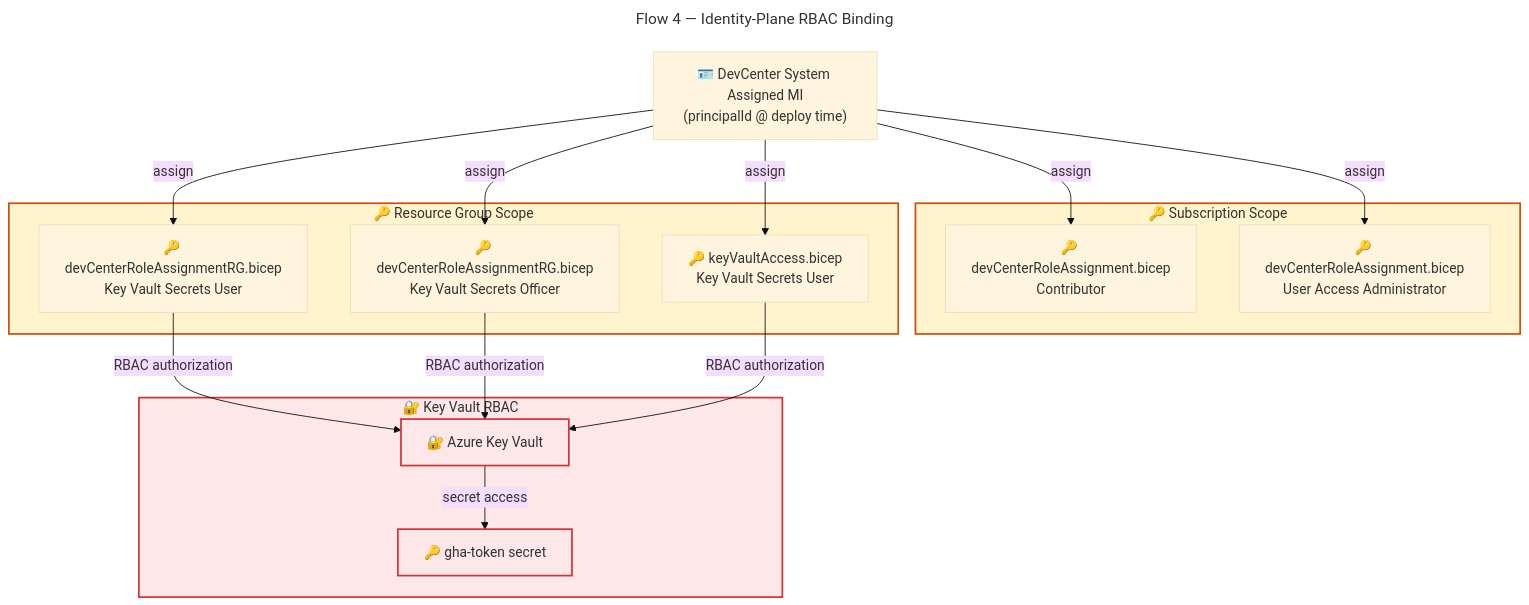
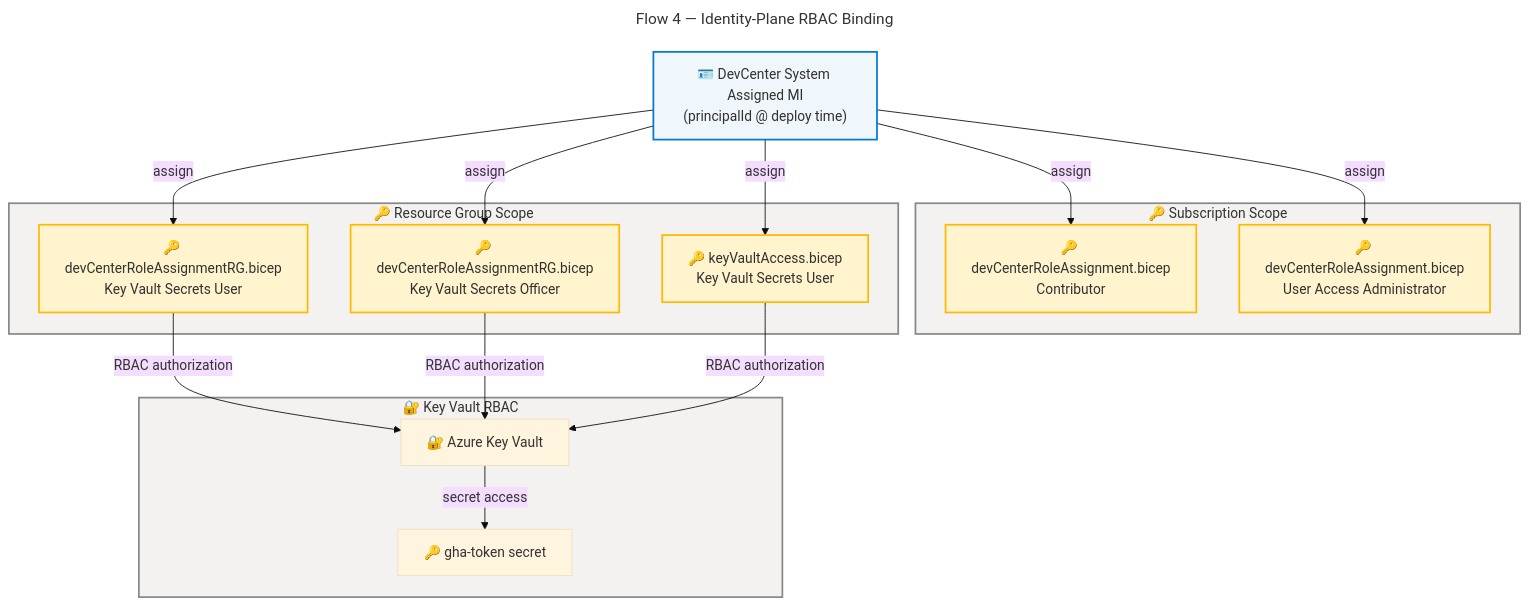
One commit to Evilazaro/DevExp-DevBox changed the eighth of 8 diagrams in docs/architecture/tech-arch.md. Above: the diagram before and after it, drawn with Mermaid. The commit also changed other lines of this file, not shown here.

Commit message:
Refactor technology architecture diagram styles for improved clarity and consistency

````diff
--- a/docs/architecture/tech-arch.md
+++ b/docs/architecture/tech-arch.md
@@ -1369,57 +1369,57 @@
 ```mermaid
 ---
 title: Flow 4 — Identity-Plane RBAC Binding
 config:
   theme: base
   look: classic
   layout: dagre
   themeVariables:
     fontSize: '16px'
   flowchart:
     htmlLabels: true
 ---
 flowchart TD
     accTitle: Flow 4 Identity-Plane RBAC Binding
     accDescr: Deploy-time identity-plane flow showing DevCenter System Assigned Managed Identity principal ID being bound to RBAC roles at Subscription, Resource Group, and Key Vault scopes, enabling secret access. WCAG AA compliant.
 
     %% ═══════════════════════════════════════════════════════════════
     %% AZURE / FLUENT ARCHITECTURE PATTERN v2.0
     %% PHASE 1-5: Fluent UI palette, subgraph styles, icons, accessibility, classDef
     %% ═══════════════════════════════════════════════════════════════
 
     DC_MI["🪪 DevCenter System Assigned MI\n(principalId @ deploy time)"]:::core
 
     subgraph SUB_SCOPE["🔑 Subscription Scope"]
         RA_CONTRIB["🔑 devCenterRoleAssignment.bicep\nContributor"]:::warning
         RA_UAA["🔑 devCenterRoleAssignment.bicep\nUser Access Administrator"]:::warning
     end
 
     subgraph RG_SCOPE["🔑 Resource Group Scope"]
         RA_KV_USER["🔑 devCenterRoleAssignmentRG.bicep\nKey Vault Secrets User"]:::warning
         RA_KV_OFFICER["🔑 devCenterRoleAssignmentRG.bicep\nKey Vault Secrets Officer"]:::warning
         RA_KV_ACCESS["🔑 keyVaultAccess.bicep\nKey Vault Secrets User"]:::warning
     end
 
     subgraph KV_SCOPE["🔐 Key Vault RBAC"]
         KV["🔐 Azure Key Vault"]:::security
         SECRET["🔑 gha-token secret"]:::security
     end
 
     DC_MI -->|"assign"| RA_CONTRIB
     DC_MI -->|"assign"| RA_UAA
     DC_MI -->|"assign"| RA_KV_USER
     DC_MI -->|"assign"| RA_KV_OFFICER
     DC_MI -->|"assign"| RA_KV_ACCESS
     RA_KV_USER -->|"RBAC authorization"| KV
     RA_KV_OFFICER -->|"RBAC authorization"| KV
     RA_KV_ACCESS -->|"RBAC authorization"| KV
     KV -->|"secret access"| SECRET
 
-    style SUB_SCOPE fill:#FFF4CE,stroke:#CA5010,stroke-width:2px,color:#323130
-    style RG_SCOPE fill:#FFF4CE,stroke:#CA5010,stroke-width:2px,color:#323130
-    style KV_SCOPE fill:#FDE7E9,stroke:#D13438,stroke-width:2px,color:#323130
+    style SUB_SCOPE fill:#F3F2F1,stroke:#8A8886,stroke-width:2px,color:#323130
+    style RG_SCOPE fill:#F3F2F1,stroke:#8A8886,stroke-width:2px,color:#323130
+    style KV_SCOPE fill:#F3F2F1,stroke:#8A8886,stroke-width:2px,color:#323130
 
-    classDef identity fill:#EFF2FA,stroke:#0078D4,stroke-width:2px,color:#323130
-    classDef rbac fill:#FFF4CE,stroke:#CA5010,stroke-width:2px,color:#323130
-    classDef security fill:#FDE7E9,stroke:#D13438,stroke-width:2px,color:#323130
+    classDef core     fill:#EFF6FC,stroke:#0078D4,stroke-width:2px,color:#323130
+    classDef warning  fill:#FFF4CE,stroke:#FFB900,stroke-width:2px,color:#323130
+    classDef danger   fill:#FDE7E9,stroke:#D13438,stroke-width:2px,color:#323130
 ```
````
